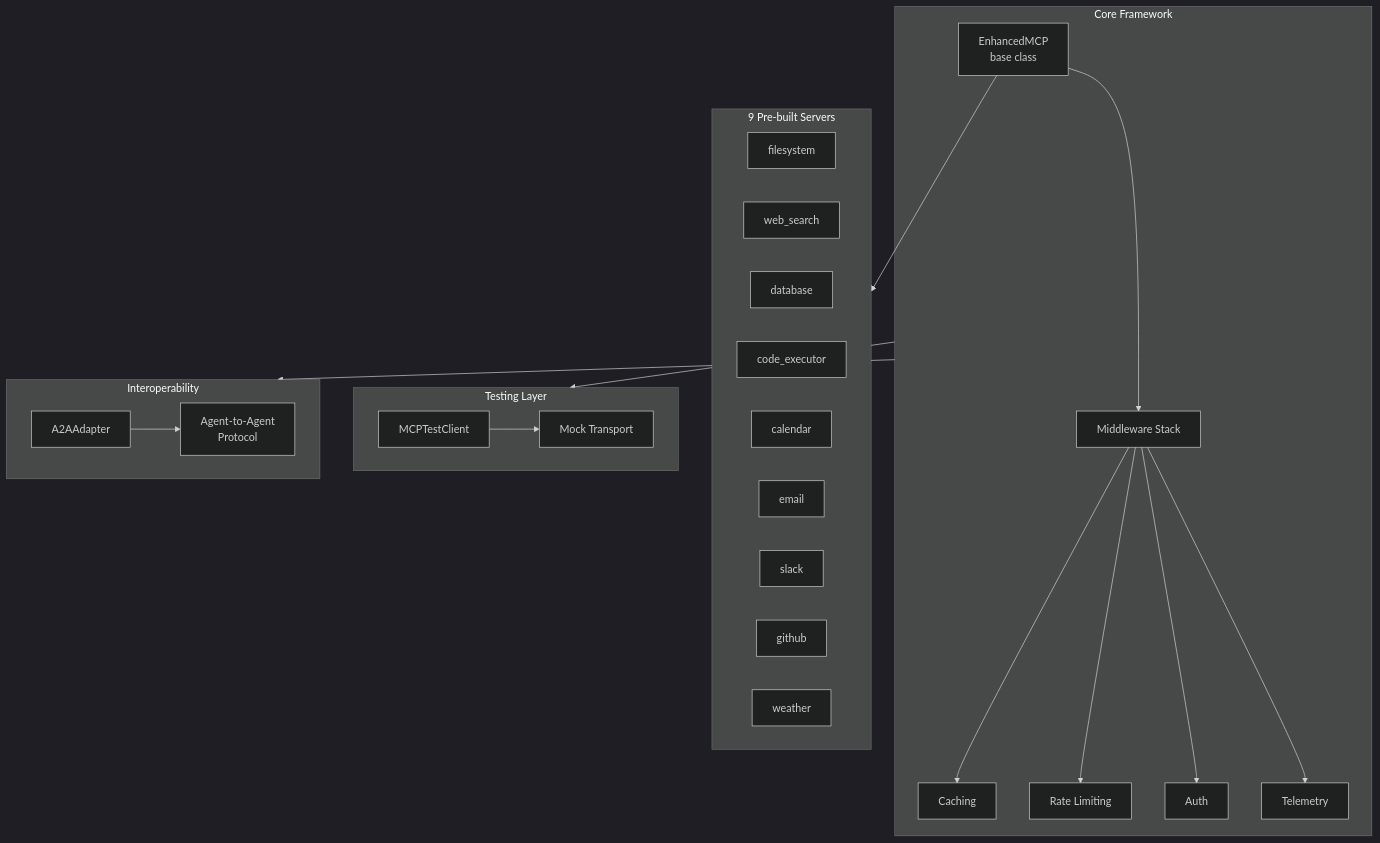
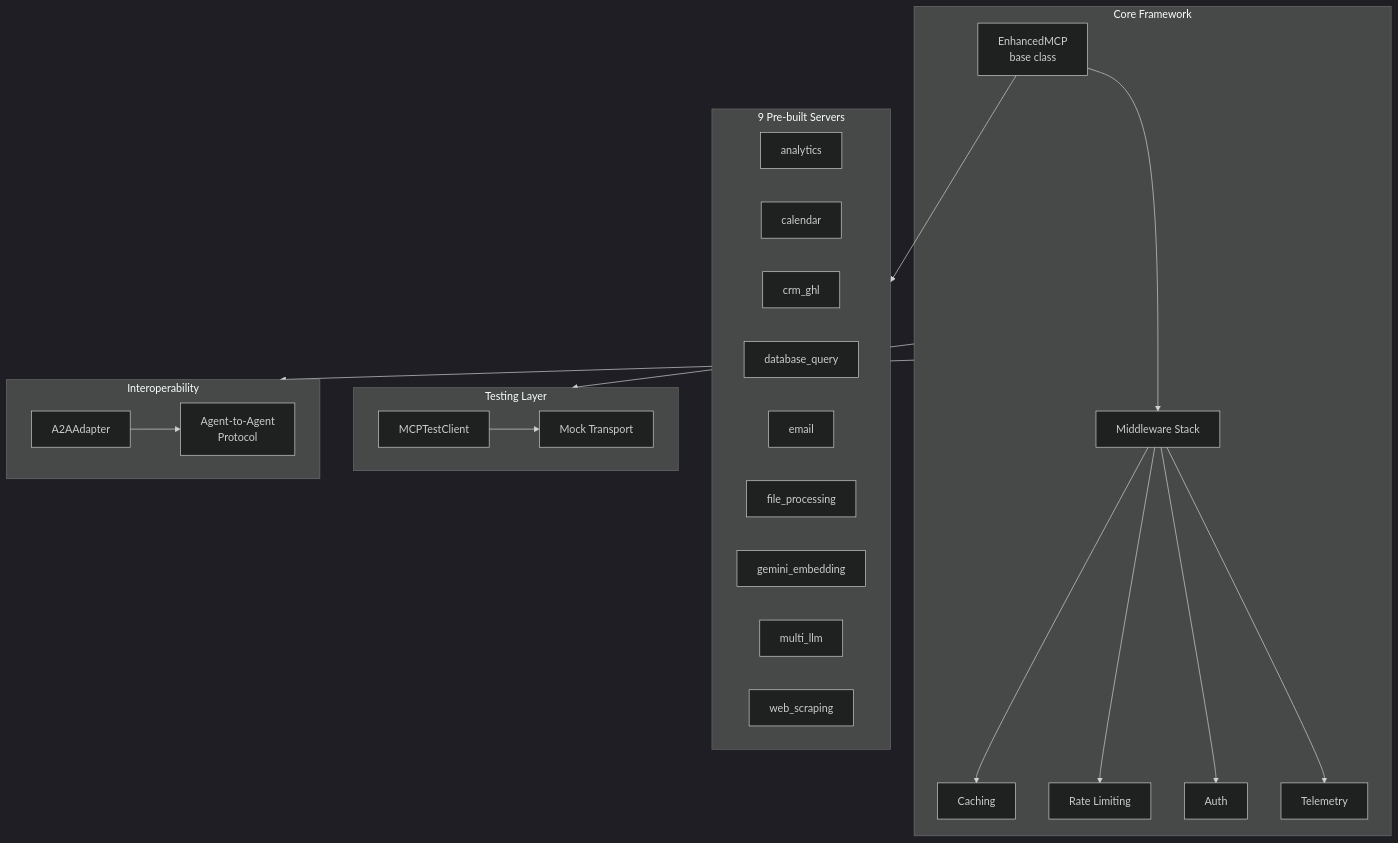
Before and after one commit to ChunkyTortoise/mcp-server-toolkit: the diagram in README.md, drawn with Mermaid (dark theme). The commit also changed other lines of this file and 1 other file, not shown here.

Commit message:
fix: correct mermaid server names, TOC anchors, coverage references

````diff
--- a/README.md
+++ b/README.md
@@ -370,40 +370,40 @@
 ```mermaid
 graph TB
     subgraph Core["Core Framework"]
         EM[EnhancedMCP<br/>base class]
         MW[Middleware Stack]
         EM --> MW
         MW --> CA[Caching]
         MW --> RL[Rate Limiting]
         MW --> AU[Auth]
         MW --> TE[Telemetry]
     end
 
     subgraph Servers["9 Pre-built Servers"]
-        S1[filesystem]
-        S2[web_search]
-        S3[database]
-        S4[code_executor]
-        S5[calendar]
-        S6[email]
-        S7[slack]
-        S8[github]
-        S9[weather]
+        S1[analytics]
+        S2[calendar]
+        S3[crm_ghl]
+        S4[database_query]
+        S5[email]
+        S6[file_processing]
+        S7[gemini_embedding]
+        S8[multi_llm]
+        S9[web_scraping]
     end
 
     subgraph Testing["Testing Layer"]
         TC[MCPTestClient]
         MT[Mock Transport]
         TC --> MT
     end
 
     subgraph Interop["Interoperability"]
         A2A[A2AAdapter]
         AG[Agent-to-Agent<br/>Protocol]
         A2A --> AG
     end
 
     EM --> Servers
     Core --> Testing
     Core --> Interop
 ```
````
